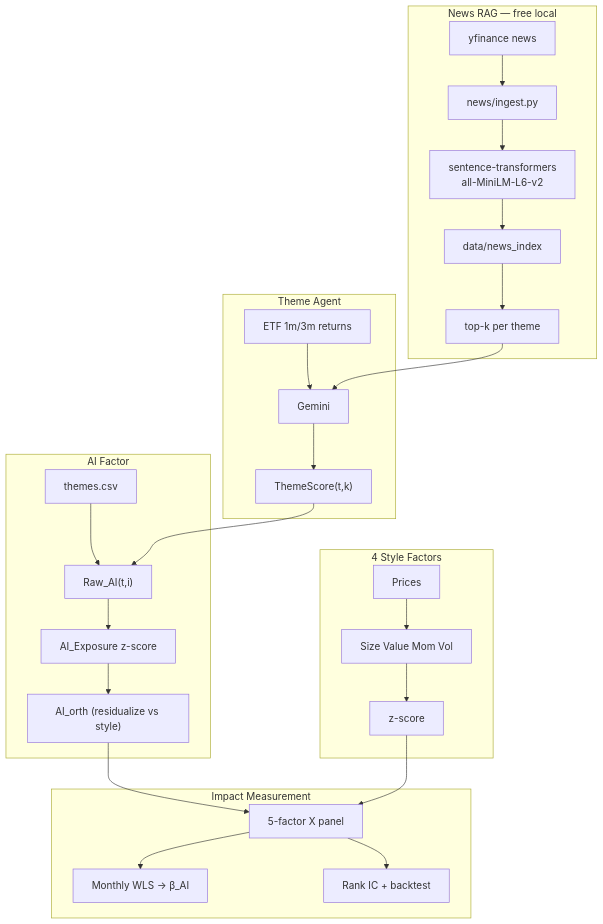
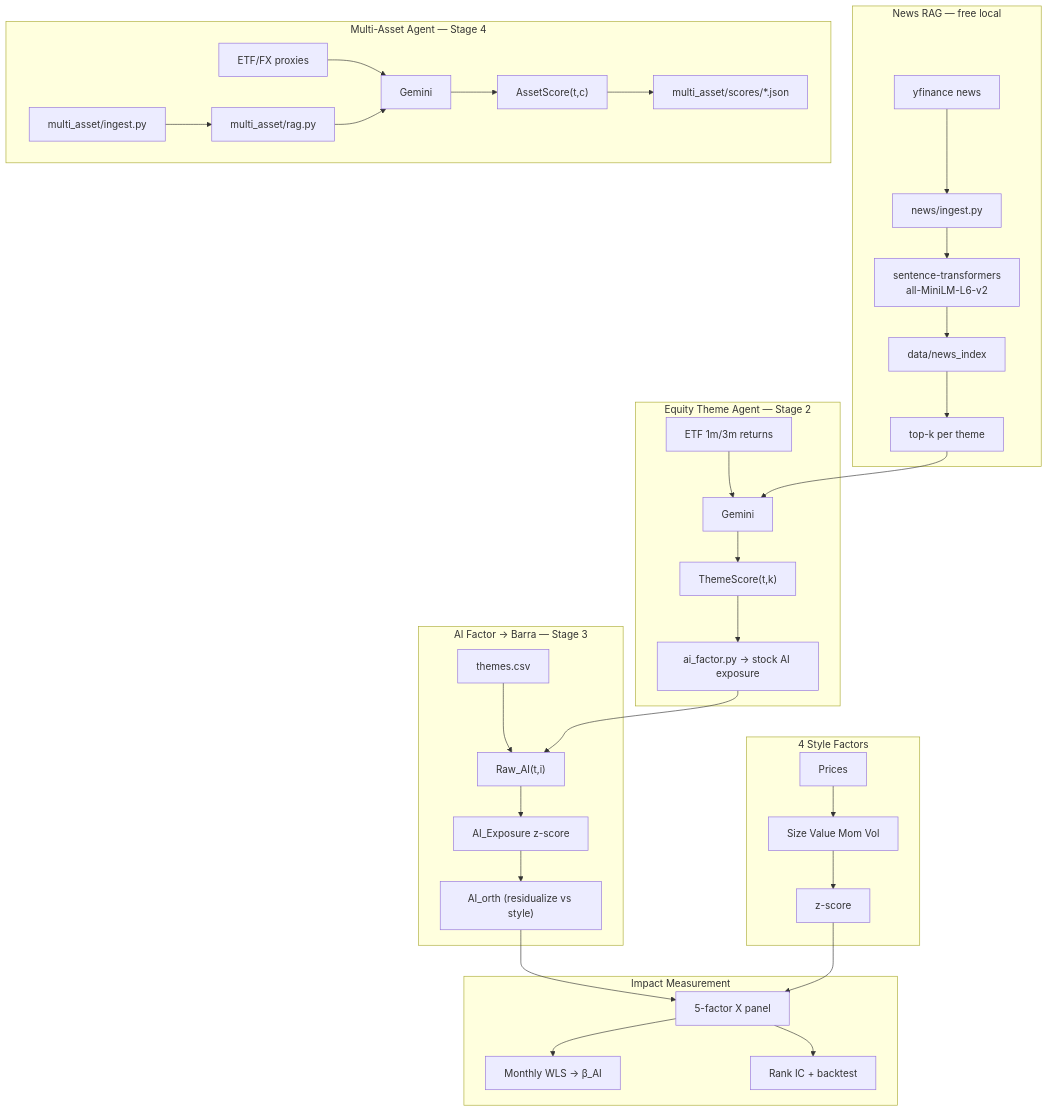
The third of 5 diagrams in README.md (wanmingz/ai_factor_barra), drawn with Mermaid before and after one commit. The commit also changed other lines of this file, not shown here.

````diff
--- a/README.md
+++ b/README.md
@@ -239,34 +304,43 @@
 ```mermaid
 flowchart TB
     subgraph rag [News RAG — free local]
         YFNews[yfinance news] --> Ingest[news/ingest.py]
         Ingest --> Embed["sentence-transformers<br/>all-MiniLM-L6-v2"]
         Embed --> Index[data/news_index]
         Index --> TopK[top-k per theme]
     end
 
-    subgraph agent [Theme Agent]
-        ETF[ETF 1m/3m returns] --> GEM[Gemini]
-        TopK --> GEM
-        GEM --> TS["ThemeScore(t,k)"]
+    subgraph theme [Equity Theme Agent — Stage 2]
+        ETF1[ETF 1m/3m returns] --> GEM1[Gemini]
+        TopK --> GEM1
+        GEM1 --> TS["ThemeScore(t,k)"]
+        TS --> AIF["ai_factor.py → stock AI exposure"]
     end
 
-    subgraph factor [AI Factor]
+    subgraph factor [AI Factor → Barra — Stage 3]
         CSV[themes.csv] --> RAW["Raw_AI(t,i)"]
-        TS --> RAW
+        AIF --> RAW
         RAW --> ZS[AI_Exposure z-score]
         ZS --> ORTH["AI_orth (residualize vs style)"]
     end
 
     subgraph baseline [4 Style Factors]
         PX[Prices] --> F4[Size Value Mom Vol]
         F4 --> X4[z-score]
     end
 
     subgraph test [Impact Measurement]
         ORTH --> X5[5-factor X panel]
         X4 --> X5
         X5 --> WLS["Monthly WLS → β_AI"]
         X5 --> ML[Rank IC + backtest]
     end
+
+    subgraph multi [Multi-Asset Agent — Stage 4]
+        MacroNews[multi_asset/ingest.py] --> MacroRAG[multi_asset/rag.py]
+        ETF2[ETF/FX proxies] --> GEM2[Gemini]
+        MacroRAG --> GEM2
+        GEM2 --> AS["AssetScore(t,c)"]
+        AS --> MAS[multi_asset/scores/*.json]
+    end
 ```
````
